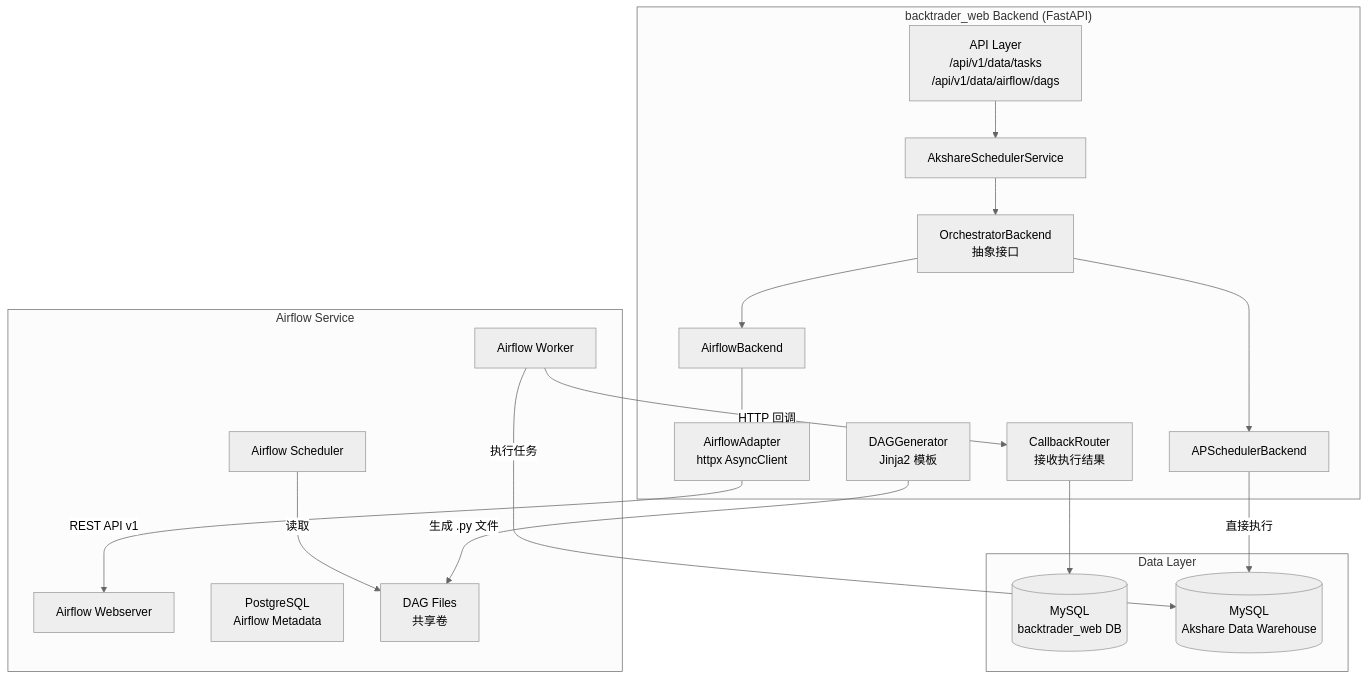
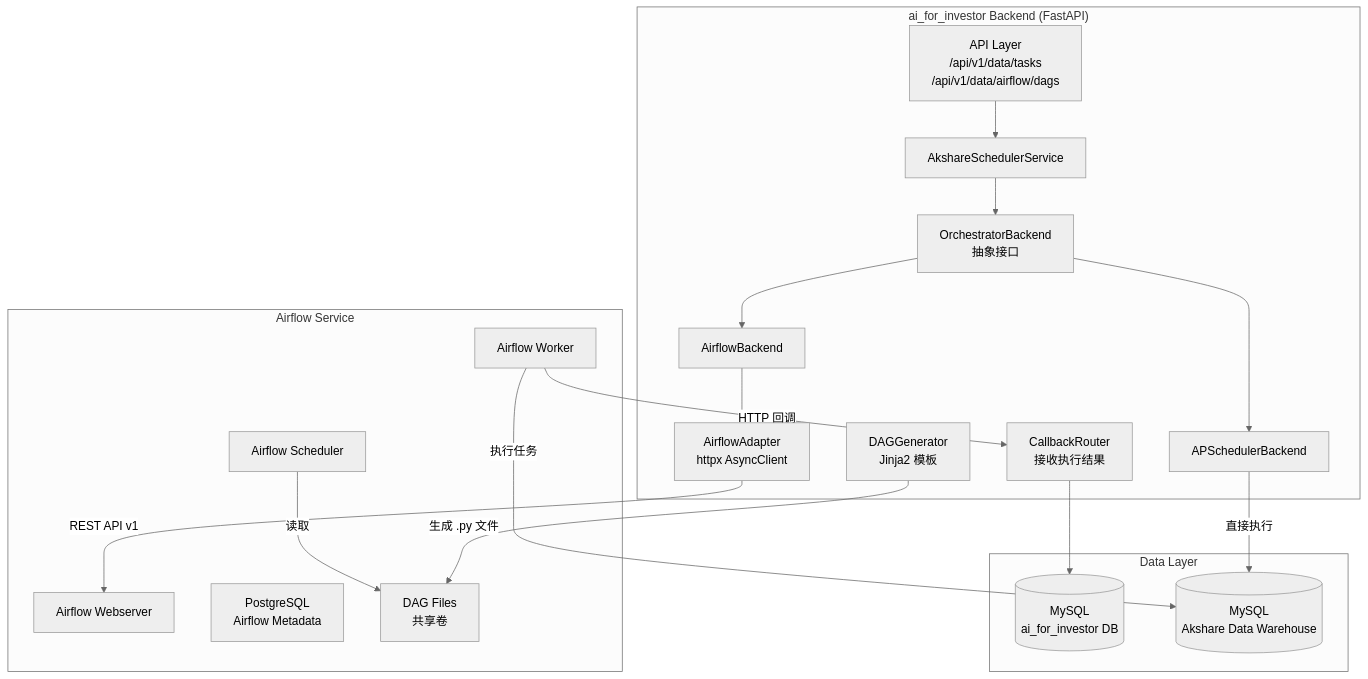
One commit to cloudQuant/ai-for-investor changed the first of 2 diagrams in .kiro/specs/airflow-integration/design.md. Above: the diagram before and after it, drawn with Mermaid (neutral theme). The commit also changed other lines of this file and 290 other files, not shown here.

````diff
--- a/.kiro/specs/airflow-integration/design.md
+++ b/.kiro/specs/airflow-integration/design.md
@@ -19,39 +19,39 @@
 ```mermaid
 graph TB
-    subgraph "backtrader_web Backend (FastAPI)"
+    subgraph "ai_for_investor Backend (FastAPI)"
         API[API Layer<br/>/api/v1/data/tasks<br/>/api/v1/data/airflow/dags]
         SVC[AkshareSchedulerService]
         OB[OrchestratorBackend<br/>抽象接口]
         APB[APSchedulerBackend]
         AFB[AirflowBackend]
         ADA[AirflowAdapter<br/>httpx AsyncClient]
         DG[DAGGenerator<br/>Jinja2 模板]
         CB[CallbackRouter<br/>接收执行结果]
     end
 
     subgraph "Airflow Service"
         AW[Airflow Webserver]
         AS[Airflow Scheduler]
         AX[Airflow Worker]
         PG[PostgreSQL<br/>Airflow Metadata]
         DAGS[DAG Files<br/>共享卷]
     end
 
     subgraph "Data Layer"
-        DB[(MySQL<br/>backtrader_web DB)]
+        DB[(MySQL<br/>ai_for_investor DB)]
         DW[(MySQL<br/>Akshare Data Warehouse)]
     end
 
     API --> SVC
     SVC --> OB
     OB --> APB
     OB --> AFB
     AFB --> ADA
     ADA -->|REST API v1| AW
     DG -->|生成 .py 文件| DAGS
     AS -->|读取| DAGS
     AX -->|执行任务| DW
     AX -->|HTTP 回调| CB
     CB --> DB
     APB -->|直接执行| DW
 ```
````
